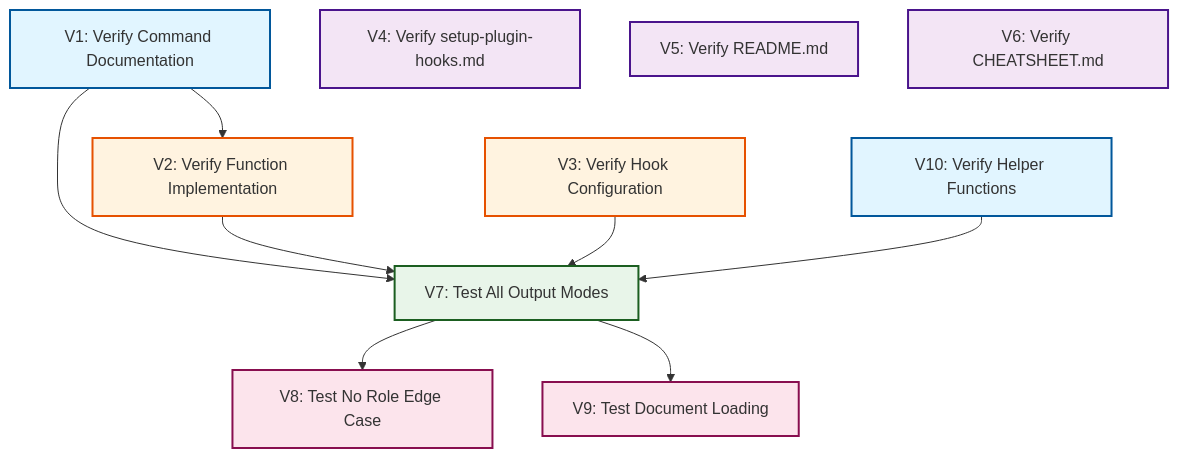
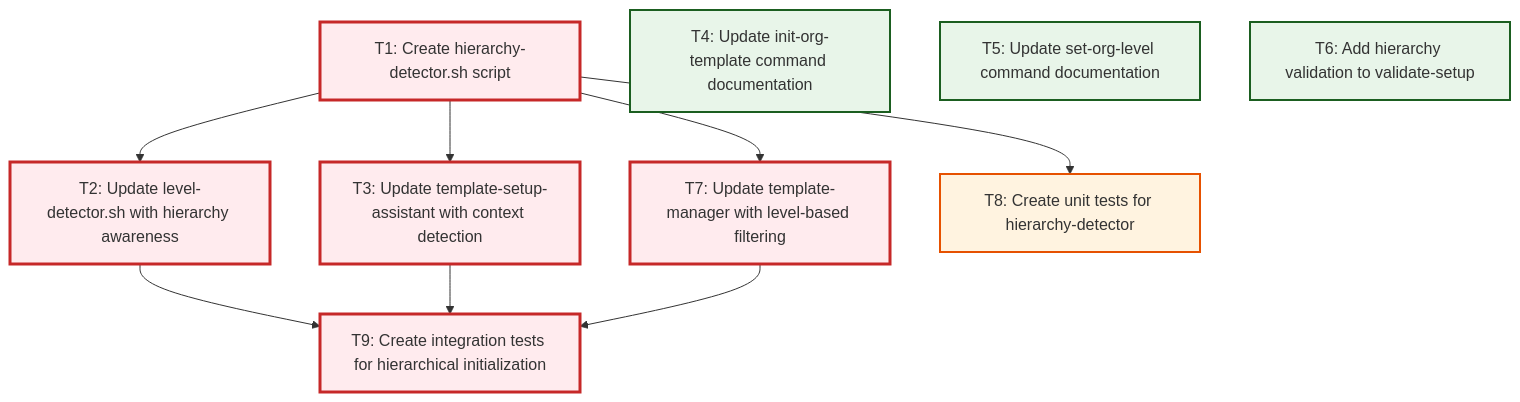
One commit to WAdamBrooksFS/role-context-manager-marketplace changed the diagram in task-graph.mmd. Above: the diagram before and after it, drawn with Mermaid. The commit also changed 18 other files, not shown here.

```diff
--- a/task-graph.mmd
+++ b/task-graph.mmd
@@ -1,33 +1,45 @@
 graph TD
-    V1[V1: Verify Command Documentation]
-    V2[V2: Verify Function Implementation]
-    V3[V3: Verify Hook Configuration]
-    V4[V4: Verify setup-plugin-hooks.md]
-    V5[V5: Verify README.md]
-    V6[V6: Verify CHEATSHEET.md]
-    V7[V7: Test All Output Modes]
-    V8[V8: Test No Role Edge Case]
-    V9[V9: Test Document Loading]
-    V10[V10: Verify Helper Functions]
+    %% Hierarchy Awareness Implementation - Task Dependency Graph
+    %% Generated from tasks.json (immutable-knitting-muffin)
+
+    %% Phase 1: Foundation
+    T1[T1: Create hierarchy-detector.sh script]
+
+    %% Phase 2: Integration
+    T2[T2: Update level-detector.sh with hierarchy awareness]
+    T3[T3: Update template-setup-assistant with context detection]
+    T7[T7: Update template-manager with level-based filtering]
+
+    %% Phase 3: Documentation (parallel)
+    T4[T4: Update init-org-template command documentation]
+    T5[T5: Update set-org-level command documentation]
+    T6[T6: Add hierarchy validation to validate-setup]
+
+    %% Phase 4: Testing
+    T8[T8: Create unit tests for hierarchy-detector]
+    T9[T9: Create integration tests for hierarchical initialization]
 
     %% Dependencies
-    V1 --> V2
-    V1 --> V7
-    V2 --> V7
-    V3 --> V7
-    V10 --> V7
-    V7 --> V8
-    V7 --> V9
+    T1 --> T2
+    T1 --> T3
+    T1 --> T7
+    T1 --> T8
+
+    T2 --> T9
+    T3 --> T9
+    T7 --> T9
 
     %% Styling
-    classDef phase1 fill:#e1f5ff,stroke:#01579b,stroke-width:2px
-    classDef phase2 fill:#fff3e0,stroke:#e65100,stroke-width:2px
-    classDef phase3 fill:#f3e5f5,stroke:#4a148c,stroke-width:2px
-    classDef phase4 fill:#e8f5e9,stroke:#1b5e20,stroke-width:2px
-    classDef phase5 fill:#fce4ec,stroke:#880e4f,stroke-width:2px
+    classDef foundation fill:#e1f5ff,stroke:#01579b,stroke-width:3px
+    classDef integration fill:#f3e5f5,stroke:#4a148c,stroke-width:2px
+    classDef documentation fill:#e8f5e9,stroke:#1b5e20,stroke-width:2px
+    classDef testing fill:#fff3e0,stroke:#e65100,stroke-width:2px
+    classDef critical fill:#ffebee,stroke:#c62828,stroke-width:3px
 
-    class V1,V10 phase1
-    class V2,V3 phase2
-    class V4,V5,V6 phase3
-    class V7 phase4
-    class V8,V9 phase5
+    class T1 foundation
+    class T2,T3,T7 integration
+    class T4,T5,T6 documentation
+    class T8,T9 testing
+
+    %% Mark critical path
+    class T1,T2,T3,T7,T9 critical
```
